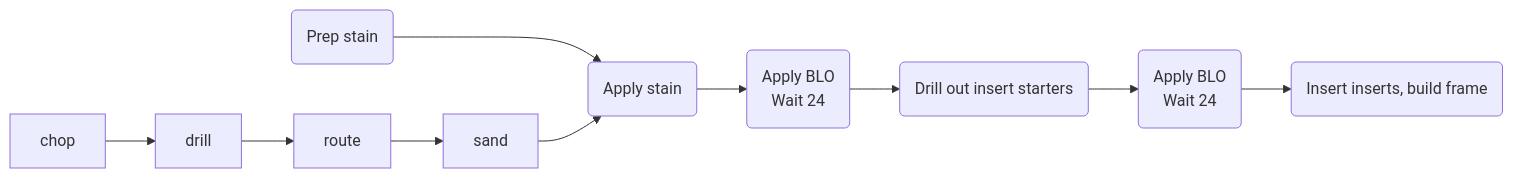
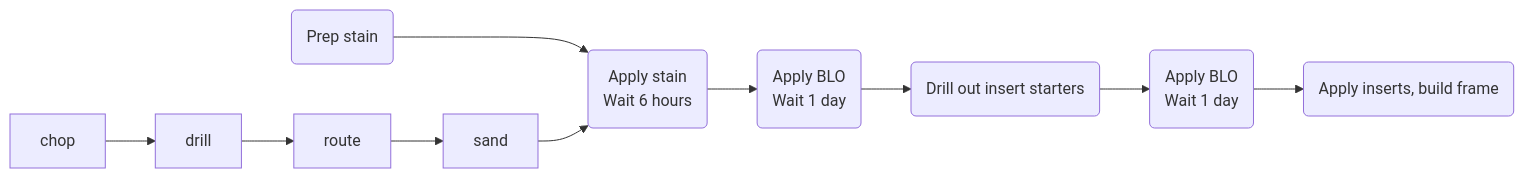
The diagram in README.md (frankburgs/wood), drawn with Mermaid before and after one commit.

````diff
--- a/README.md
+++ b/README.md
@@ -1,23 +1,23 @@
 ```mermaid
 
 flowchart LR
 
-    id1(Prep stain) ---> id2(Apply stain)
+    id1(Prep stain) ---> id2(Apply stain<br>Wait 6 hours)
     
     chop-->drill
     
     drill-->route
     
     route-->sand
     
     sand-->id2
     
-    id2-->applyBLO1(Apply BLO<br>Wait 24)
+    id2-->applyBLO1(Apply BLO<br>Wait 1 day)
     
     applyBLO1-->drillInserts(Drill out insert starters)
     
-    drillInserts-->applyBLO2(Apply BLO<br>Wait 24)
+    drillInserts-->applyBLO2(Apply BLO<br>Wait 1 day)
     
-    applyBLO2-->inserts(Insert inserts, build frame)
+    applyBLO2-->inserts(Apply inserts, build frame)
     
 ```
````
